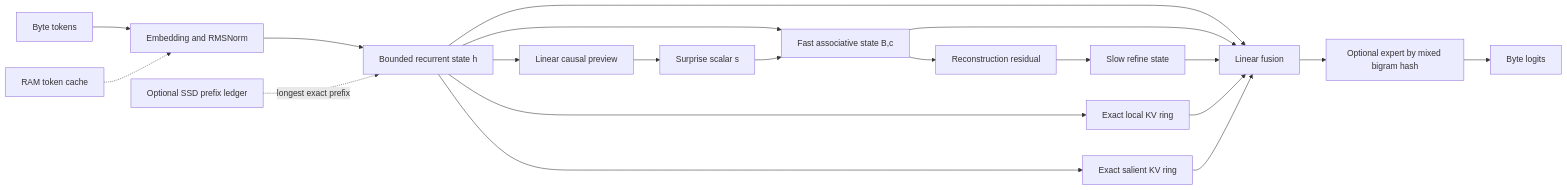
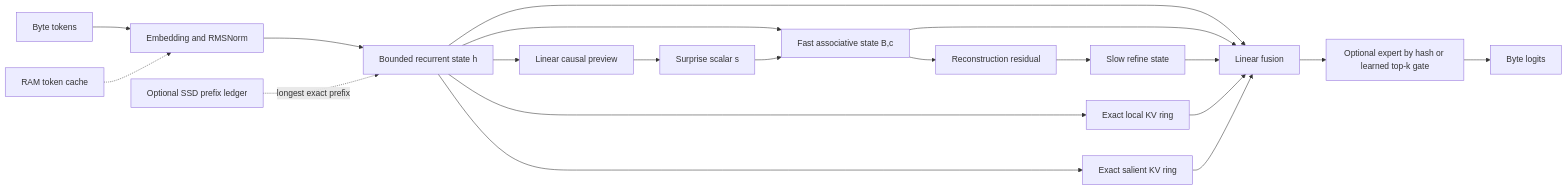
One commit to Koemi-AI/Koemi-5HOM changed the diagram in docs/KOEMI_ARCHITECTURE.md. Above: the diagram before and after it, drawn with Mermaid. The commit also changed other lines of this file and 20 other files, not shown here.

````diff
--- a/docs/KOEMI_ARCHITECTURE.md
+++ b/docs/KOEMI_ARCHITECTURE.md
@@ -32,22 +32,22 @@
 ```mermaid
 flowchart LR
     Input[Byte tokens] --> Embed[Embedding and RMSNorm]
     Warm[RAM token cache] -.-> Embed
     Embed --> H[Bounded recurrent state h]
     H --> Preview[Linear causal preview]
     Preview --> S[Surprise scalar s]
     H --> M[Fast associative state B,c]
     M --> R[Reconstruction residual]
     R --> SLOW[Slow refine state]
     S --> M
     H --> L[Exact local KV ring]
     H --> A[Exact salient KV ring]
     H --> Fuse[Linear fusion]
     M --> Fuse
     SLOW --> Fuse
     L --> Fuse
     A --> Fuse
-    Fuse --> E[Optional expert by mixed bigram hash]
+    Fuse --> E[Optional expert by hash or learned top-k gate]
     E --> Head[Byte logits]
     Disk[Optional SSD prefix ledger] -. longest exact prefix .-> H
 ```
````
